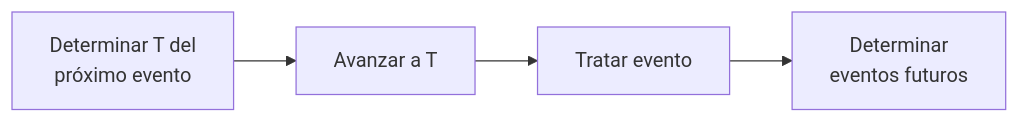
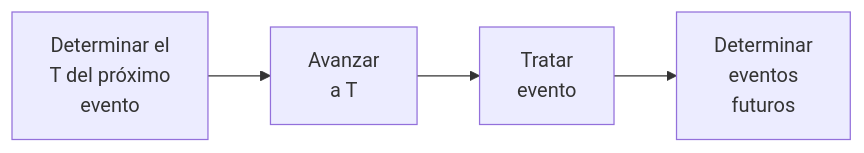
The diagram in 4to Nivel/Simulación/Simulación con Metodología Evento a Evento.md (agustinbravop/utn-vault), drawn with Mermaid before and after one commit. The commit also changed 41 other files, not shown here.

````diff
--- a/4to Nivel/Simulación/Simulación con Metodología Evento a Evento.md
+++ b/4to Nivel/Simulación/Simulación con Metodología Evento a Evento.md
@@ -3,4 +3,10 @@
 ```mermaid
 flowchart LR;
-1[Determinar T del\npróximo evento] --> 2[Avanzar a T] --> 3[Tratar evento] --> 4[Determinar\neventos futuros]
+1[Determinar el
+T del próximo
+evento] --> 2[Avanzar
+a T] --> 3[Tratar
+evento] --> 4[Determinar
+eventos
+futuros]
 ```
````
